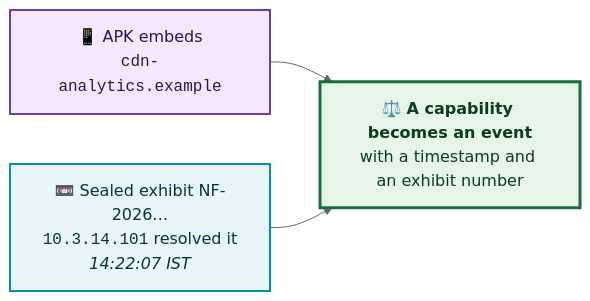
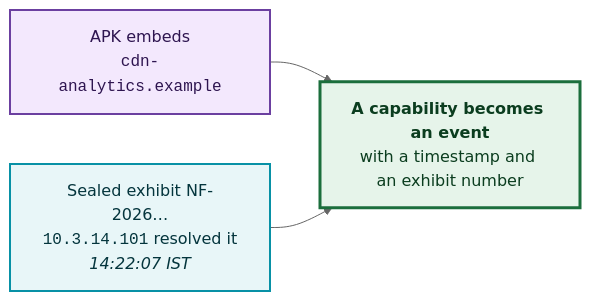
Before and after one commit to Anbu-00001/NetForensiq: the seventh of 10 diagrams in README.md, drawn with Mermaid (neutral theme). The commit also changed other lines of this file and 29 other files, not shown here.

````diff
--- a/README.md
+++ b/README.md
@@ -367,15 +469,15 @@
 ```mermaid
 graph LR
-    APK["📱 APK embeds<br/><code>cdn-analytics.example</code>"]
-    PCAP["📼 Sealed exhibit NF-2026…<br/><code>10.3.14.101</code> resolved it<br/><i>14:22:07 IST</i>"]
-    OUT["⚖️ <b>A capability becomes an event</b><br/>with a timestamp and an exhibit number"]
+    APK["APK embeds<br/><code>cdn-analytics.example</code>"]
+    PCAP["Sealed exhibit NF-2026…<br/><code>10.3.14.101</code> resolved it<br/><i>14:22:07 IST</i>"]
+    OUT["<b>A capability becomes an event</b><br/>with a timestamp and an exhibit number"]
     APK --> OUT
     PCAP --> OUT
 
     classDef a fill:#F3E8FD,stroke:#6B3FA0,stroke-width:2px,color:#2E1550
     classDef b fill:#E8F6F8,stroke:#0891A6,stroke-width:2px,color:#04353D
     classDef c fill:#E6F4EA,stroke:#1B6E3C,stroke-width:3px,color:#0B3D1F
     class APK a
     class PCAP b
     class OUT c
 ```
````
